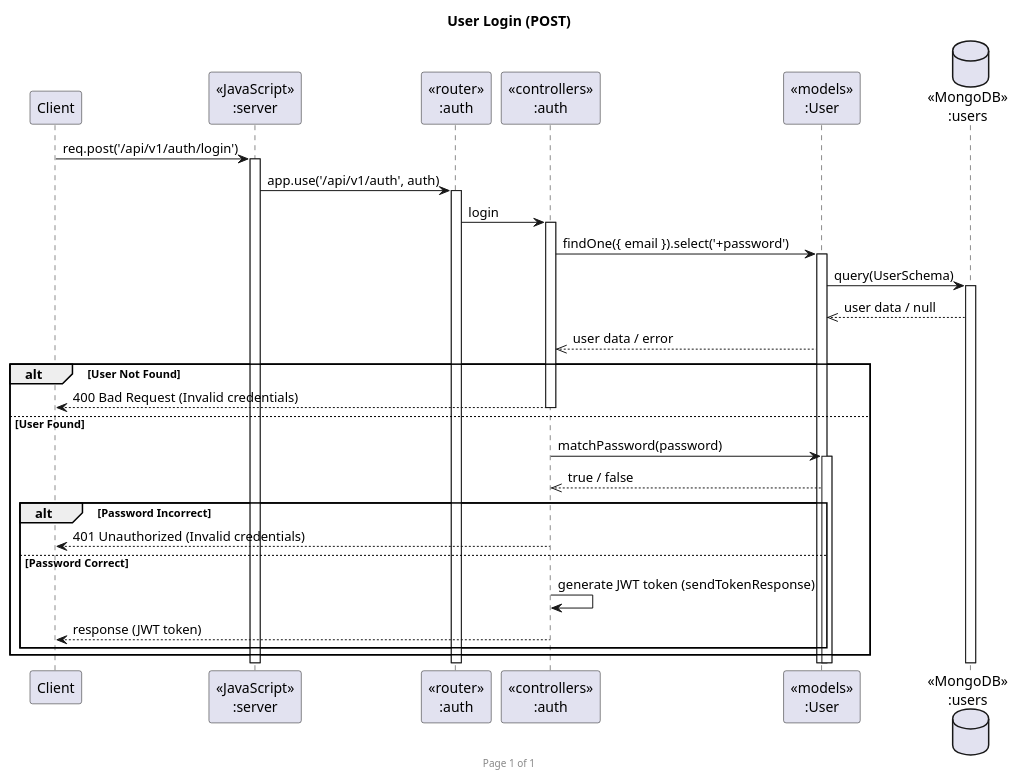
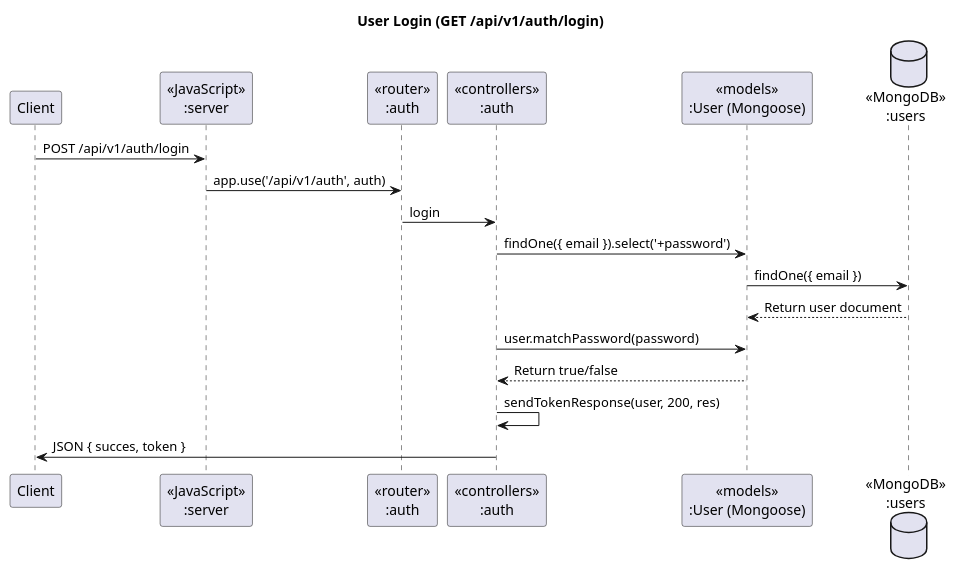
One commit to 2110503-2564/se-project-backend-10_brain-not-found changed the diagram in UML/UML_Auth/login.puml. Above: the diagram before and after it, drawn with PlantUML. The commit also changed 2 other files, not shown here.

```diff
--- a/UML/UML_Auth/login.puml
+++ b/UML/UML_Auth/login.puml
@@ -1,35 +1,25 @@
-@startuml Manage Authentication (POST)
+@startuml "Manage Authentication (PUT)"
 
-footer Page %page% of %lastpage%
-title "User Login (POST)"
-
+title "User Login (GET /api/v1/auth/login)"
 participant "Client" as client
 participant "<<JavaScript>>\n:server" as server
 participant "<<router>>\n:auth" as routerAuth
 participant "<<controllers>>\n:auth" as controllersAuth
-participant "<<models>>\n:User" as modelUser
+participant "<<models>>\n:User (Mongoose)" as modelUser
 database "<<MongoDB>>\n:users" as UsersDatabase
 
-client -> server ++ : req.post('/api/v1/auth/login')
-server -> routerAuth ++ : app.use('/api/v1/auth', auth)
-routerAuth -> controllersAuth ++ : login
-controllersAuth -> modelUser ++ : findOne({ email }).select('+password')
-modelUser -> UsersDatabase ++ : query(UserSchema)
-UsersDatabase -->> modelUser : user data / null
-modelUser -->> controllersAuth : user data / error
+client -> server : POST /api/v1/auth/login
+server -> routerAuth : app.use('/api/v1/auth', auth)
+routerAuth -> controllersAuth : login
 
-alt User Not Found
-    controllersAuth --> client -- : 400 Bad Request (Invalid credentials)
-else User Found
-    controllersAuth -> modelUser ++ : matchPassword(password)
-    modelUser -->> controllersAuth : true / false
-    
-    alt Password Incorrect
-        controllersAuth --> client -- : 401 Unauthorized (Invalid credentials)
-    else Password Correct
-        controllersAuth -> controllersAuth : generate JWT token (sendTokenResponse)
-        controllersAuth --> client -- : response (JWT token)
-    end
-end
+controllersAuth -> modelUser : findOne({ email }).select('+password')
+modelUser -> UsersDatabase : findOne({ email })
+UsersDatabase --> modelUser : Return user document
+
+controllersAuth -> modelUser : user.matchPassword(password)
+modelUser --> controllersAuth : Return true/false
+
+controllersAuth -> controllersAuth : sendTokenResponse(user, 200, res)
+controllersAuth -> client : JSON { succes, token }
 
 @enduml
```
